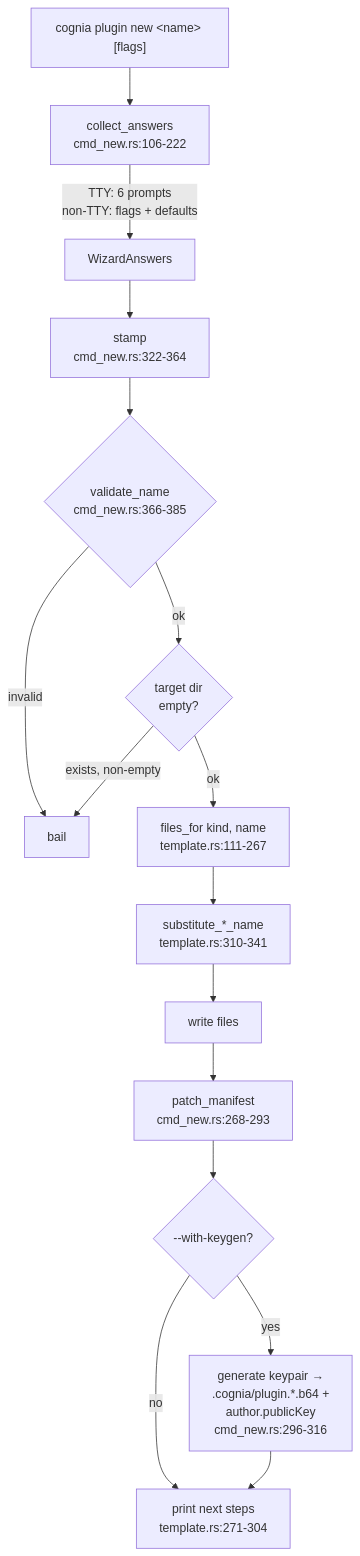
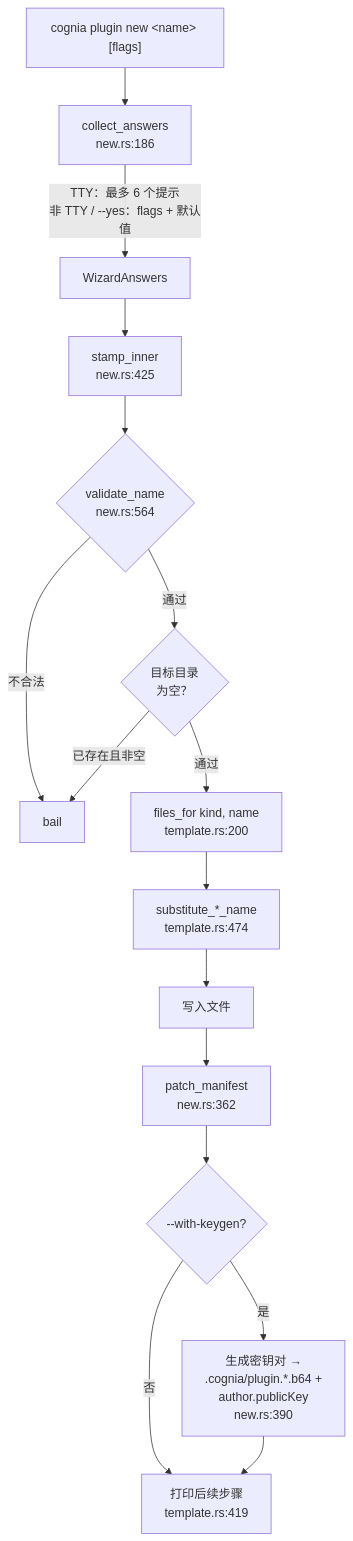
The diagram in docs/content/docs/zh/subsystems/cognia-cli/scaffolding.mdx (MaxQian888/cognia-next), drawn with Mermaid before and after one commit. The commit also changed other lines of this file and 7 other files, not shown here.

````diff
--- a/docs/content/docs/zh/subsystems/cognia-cli/scaffolding.mdx
+++ b/docs/content/docs/zh/subsystems/cognia-cli/scaffolding.mdx
@@ -20,18 +19,18 @@
 ```mermaid
 flowchart TD
-  CMD["cognia plugin new &lt;name&gt; [flags]"] --> CA[collect_answers<br/>cmd_new.rs:106-222]
-  CA -- "TTY: 6 prompts<br/>non-TTY: flags + defaults" --> WA[WizardAnswers]
-  WA --> ST[stamp<br/>cmd_new.rs:322-364]
-  ST --> VN{validate_name<br/>cmd_new.rs:366-385}
-  VN -- invalid --> ERR[bail]
-  VN -- ok --> DIR{target dir<br/>empty?}
-  DIR -- "exists, non-empty" --> ERR
-  DIR -- ok --> FF[files_for kind, name<br/>template.rs:111-267]
-  FF --> SUB[substitute_*_name<br/>template.rs:310-341]
-  SUB --> W[write files]
-  W --> PM[patch_manifest<br/>cmd_new.rs:268-293]
+  CMD["cognia plugin new &lt;name&gt; [flags]"] --> CA[collect_answers<br/>new.rs:186]
+  CA -- "TTY：最多 6 个提示<br/>非 TTY / --yes：flags + 默认值" --> WA[WizardAnswers]
+  WA --> ST[stamp_inner<br/>new.rs:425]
+  ST --> VN{validate_name<br/>new.rs:564}
+  VN -- 不合法 --> ERR[bail]
+  VN -- 通过 --> DIR{目标目录<br/>为空？}
+  DIR -- "已存在且非空" --> ERR
+  DIR -- 通过 --> FF[files_for kind, name<br/>template.rs:200]
+  FF --> SUB[substitute_*_name<br/>template.rs:474]
+  SUB --> W[写入文件]
+  W --> PM[patch_manifest<br/>new.rs:362]
   PM --> KG{--with-keygen?}
-  KG -- yes --> EK[generate keypair →<br/>.cognia/plugin.*.b64 +<br/>author.publicKey<br/>cmd_new.rs:296-316]
-  KG -- no --> NS
-  EK --> NS[print next steps<br/>template.rs:271-304]
+  KG -- 是 --> EK[生成密钥对 →<br/>.cognia/plugin.*.b64 +<br/>author.publicKey<br/>new.rs:390]
+  KG -- 否 --> NS
+  EK --> NS[打印后续步骤<br/>template.rs:419]
 ```
````
